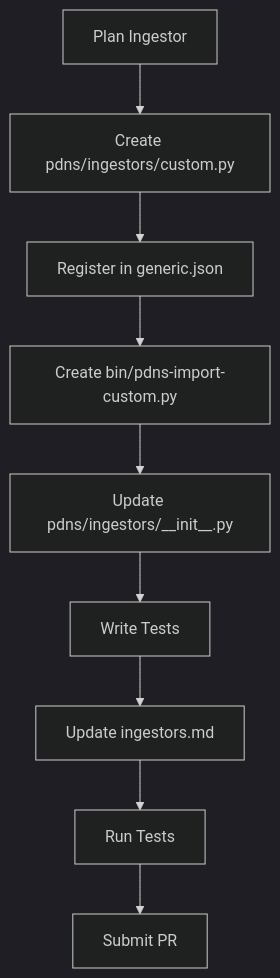
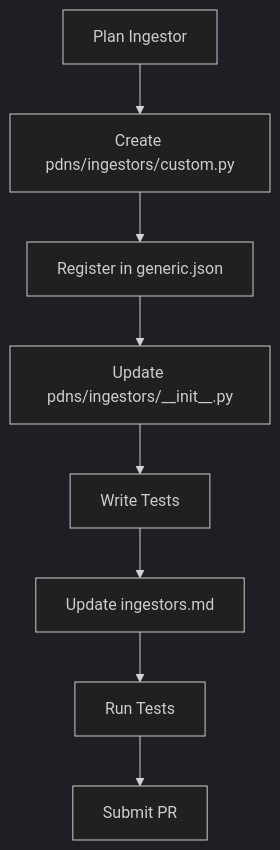
One commit to DocArmoryTech/analyzer-d4-passivedns changed the diagram in docs/dev/adding-ingestors.md. Above: the diagram before and after it, drawn with Mermaid (dark theme). The commit also changed other lines of this file and 27 other files, not shown here.

````diff
--- a/docs/dev/adding-ingestors.md
+++ b/docs/dev/adding-ingestors.md
@@ -179,11 +156,10 @@
 ```mermaid
 graph TD
     A[Plan Ingestor] --> B[Create pdns/ingestors/custom.py]
     B --> C[Register in generic.json]
-    C --> D[Create bin/pdns-import-custom.py]
-    D --> E[Update pdns/ingestors/__init__.py]
-    E --> F[Write Tests]
-    F --> G[Update ingestors.md]
-    G --> H[Run Tests]
-    H --> I[Submit PR]
+    C --> D[Update pdns/ingestors/__init__.py]
+    D --> E[Write Tests]
+    E --> F[Update ingestors.md]
+    F --> G[Run Tests]
+    G --> H[Submit PR]
 ```
````
